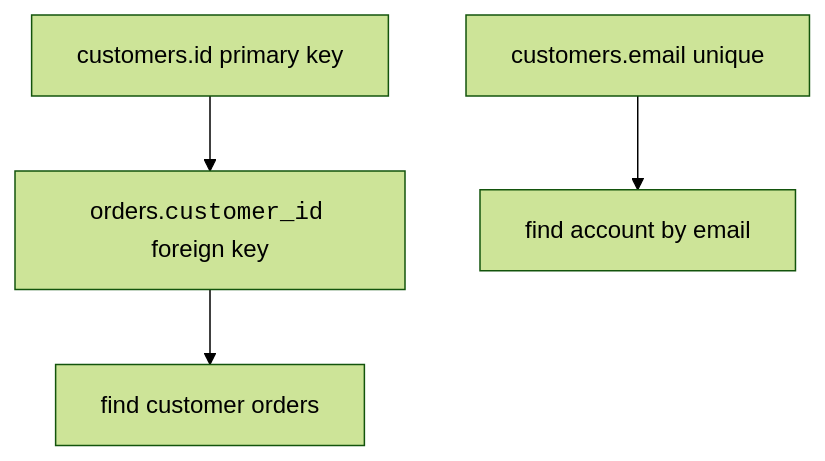
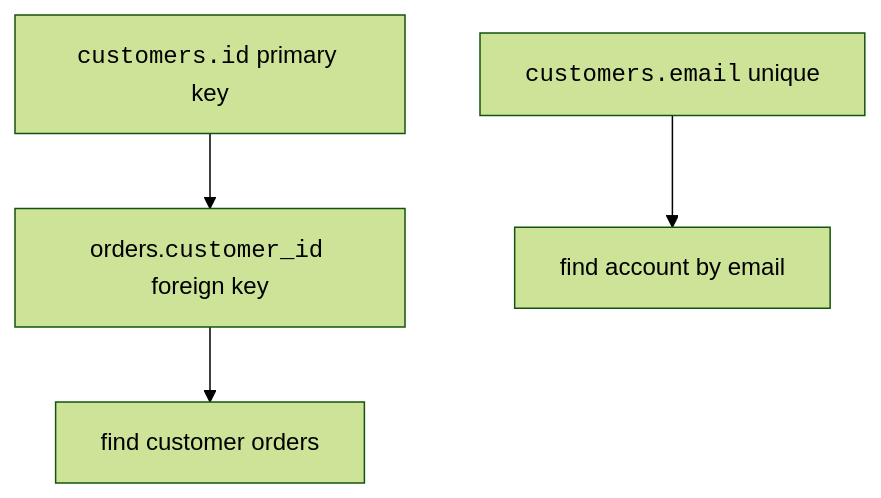
One commit to dataslope/dataslope changed the fourth of 7 diagrams in content/learn/database-design-postgresql/design-and-scale.mdx. Above: the diagram before and after it, drawn with Mermaid (forest theme). The commit also changed 100 other files, not shown here.

First line of the commit message:
Wrap more code in diagram labels: filenames, hex, assignments, subgraph titles

````diff
--- a/content/learn/database-design-postgresql/design-and-scale.mdx
+++ b/content/learn/database-design-postgresql/design-and-scale.mdx
@@ -94,6 +94,6 @@
 ```mermaid
 flowchart TD
-    Customer["customers.id primary key"] --> OrderFK["orders.<code>customer_id</code> foreign key"]
-    Email["customers.email unique"] --> AccountLookup["find account by email"]
+    Customer["<code>customers.id</code> primary key"] --> OrderFK["orders.<code>customer_id</code> foreign key"]
+    Email["<code>customers.email</code> unique"] --> AccountLookup["find account by email"]
     OrderFK --> OrderHistory["find customer orders"]
 ```
````
